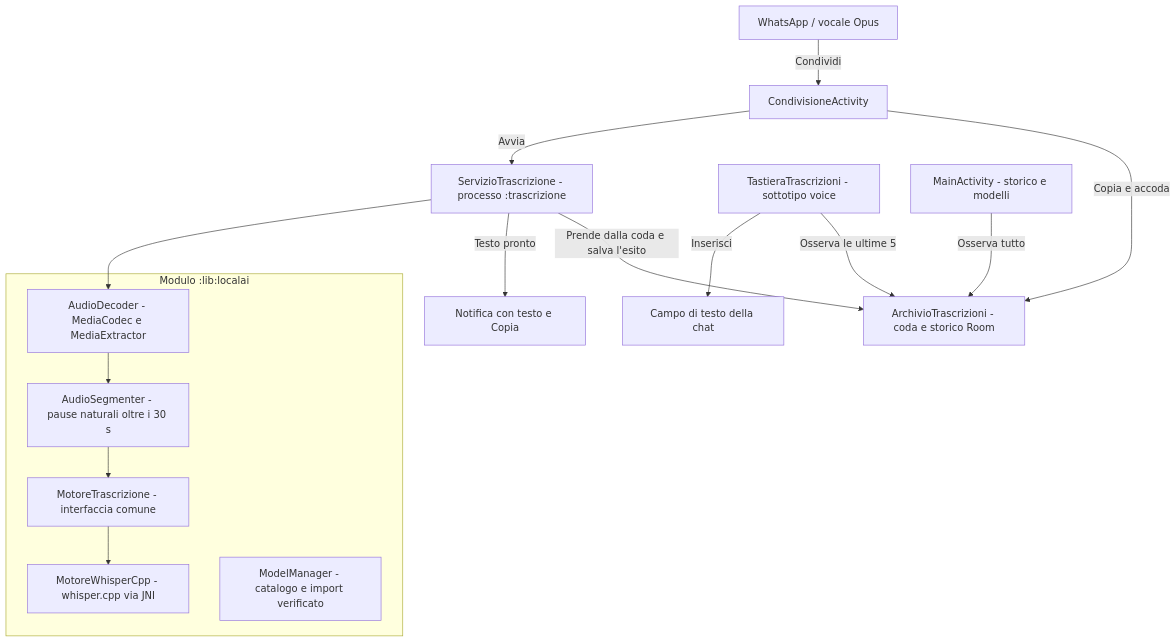
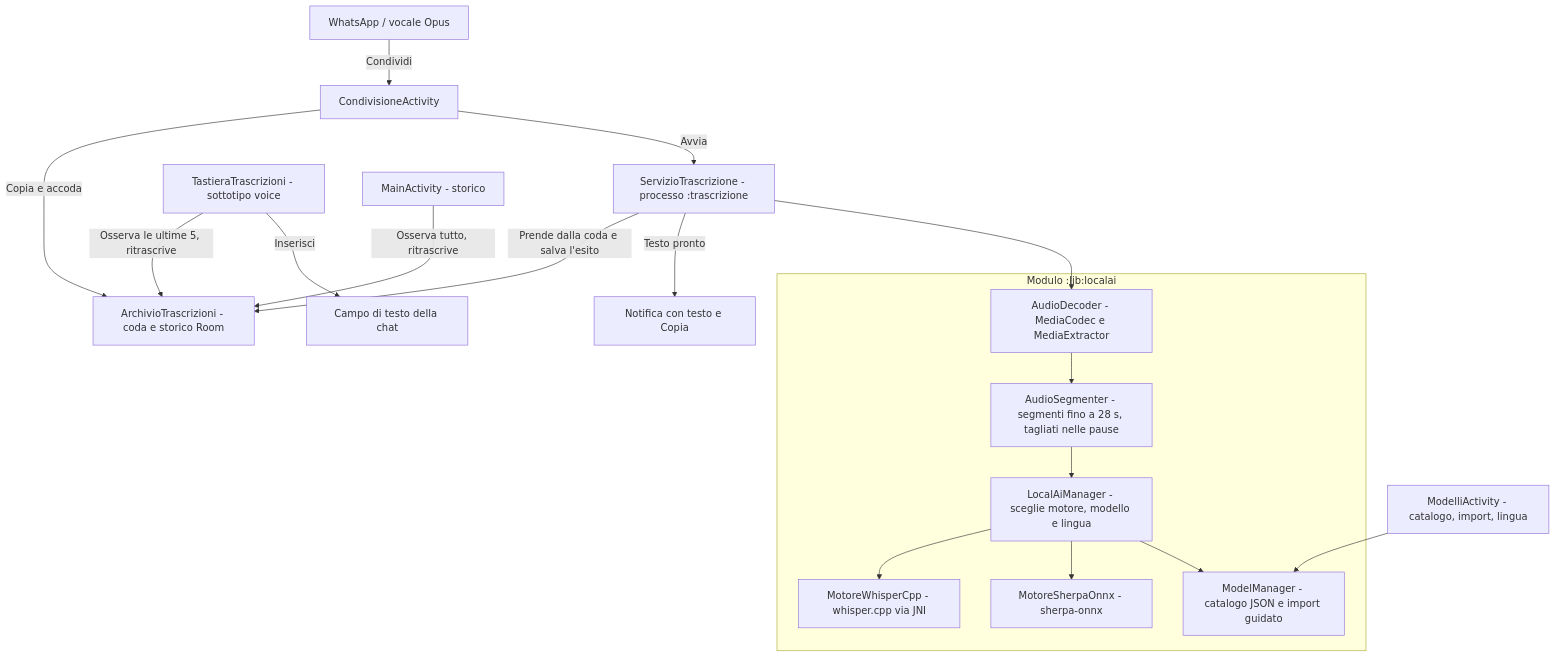
The diagram in README.md (donatogranvilla/PoldoKeyboard), drawn with Mermaid before and after one commit. The commit also changed other lines of this file and 1 other file, not shown here.

First line of the commit message:
Modelli 6/6: README e licenze dei modelli

````diff
--- a/README.md
+++ b/README.md
@@ -23,21 +24,26 @@
 ```mermaid
 graph TD
     A[WhatsApp / vocale Opus] -->|Condividi| B[CondivisioneActivity]
     B -->|Copia e accoda| Q[ArchivioTrascrizioni - coda e storico Room]
     B -->|Avvia| S[ServizioTrascrizione - processo :trascrizione]
     S -->|Prende dalla coda e salva l'esito| Q
     S -->|Testo pronto| N[Notifica con testo e Copia]
-    T[TastieraTrascrizioni - sottotipo voice] -->|Osserva le ultime 5| Q
+    T[TastieraTrascrizioni - sottotipo voice] -->|Osserva le ultime 5, ritrascrive| Q
     T -->|Inserisci| M[Campo di testo della chat]
-    P[MainActivity - storico e modelli] -->|Osserva tutto| Q
+    P[MainActivity - storico] -->|Osserva tutto, ritrascrive| Q
+    MA[ModelliActivity - catalogo, import, lingua] --> J
 
     subgraph "Modulo :lib:localai"
         E[AudioDecoder - MediaCodec e MediaExtractor]
-        F[AudioSegmenter - pause naturali oltre i 30 s]
-        G[MotoreTrascrizione - interfaccia comune]
+        F[AudioSegmenter - segmenti fino a 28 s, tagliati nelle pause]
+        L[LocalAiManager - sceglie motore, modello e lingua]
         H[MotoreWhisperCpp - whisper.cpp via JNI]
-        J[ModelManager - catalogo e import verificato]
+        K[MotoreSherpaOnnx - sherpa-onnx]
+        J[ModelManager - catalogo JSON e import guidato]
     end
 
-    S --> E --> F --> G --> H
+    S --> E --> F --> L
+    L --> H
+    L --> K
+    L --> J
 ```
````
